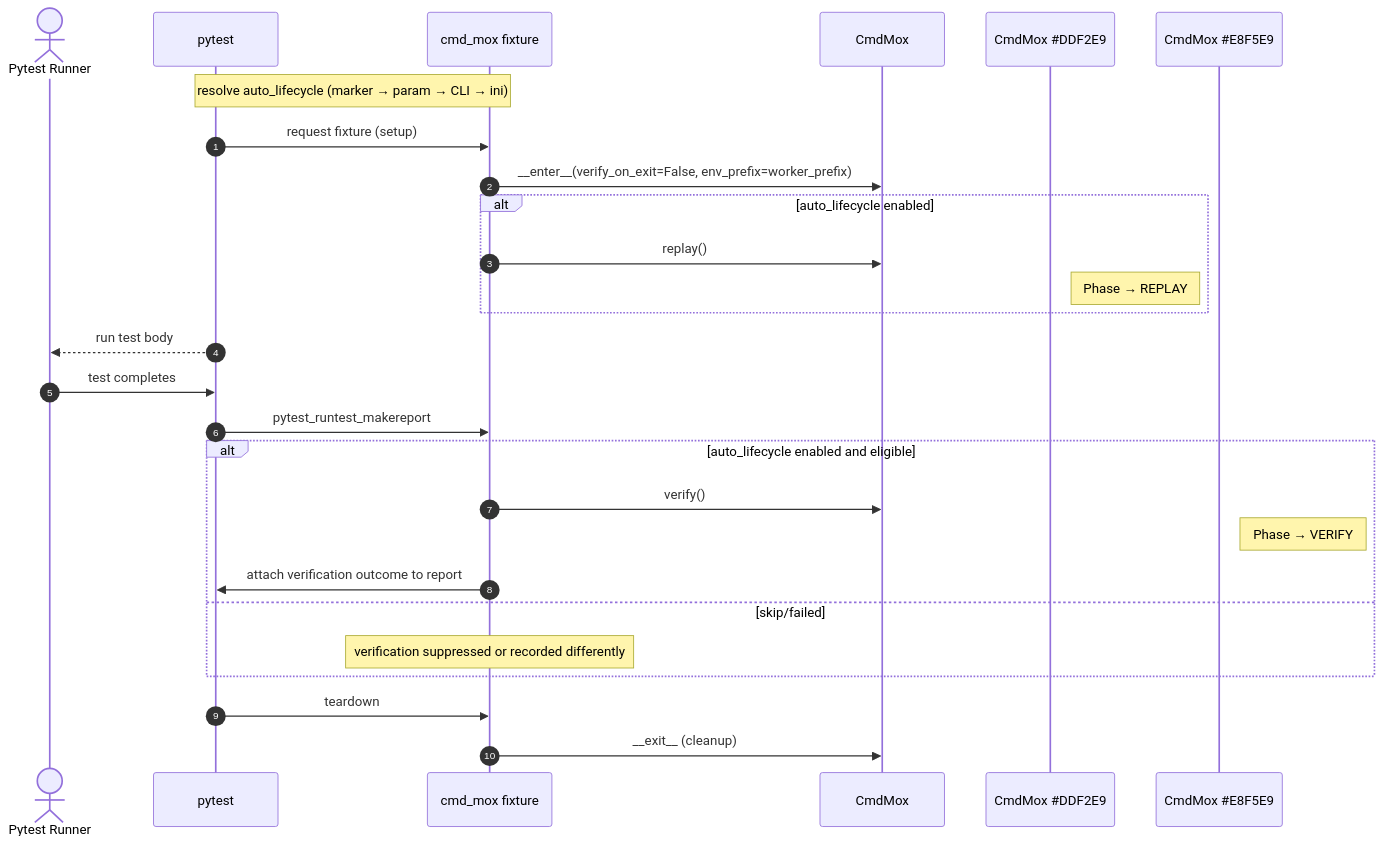
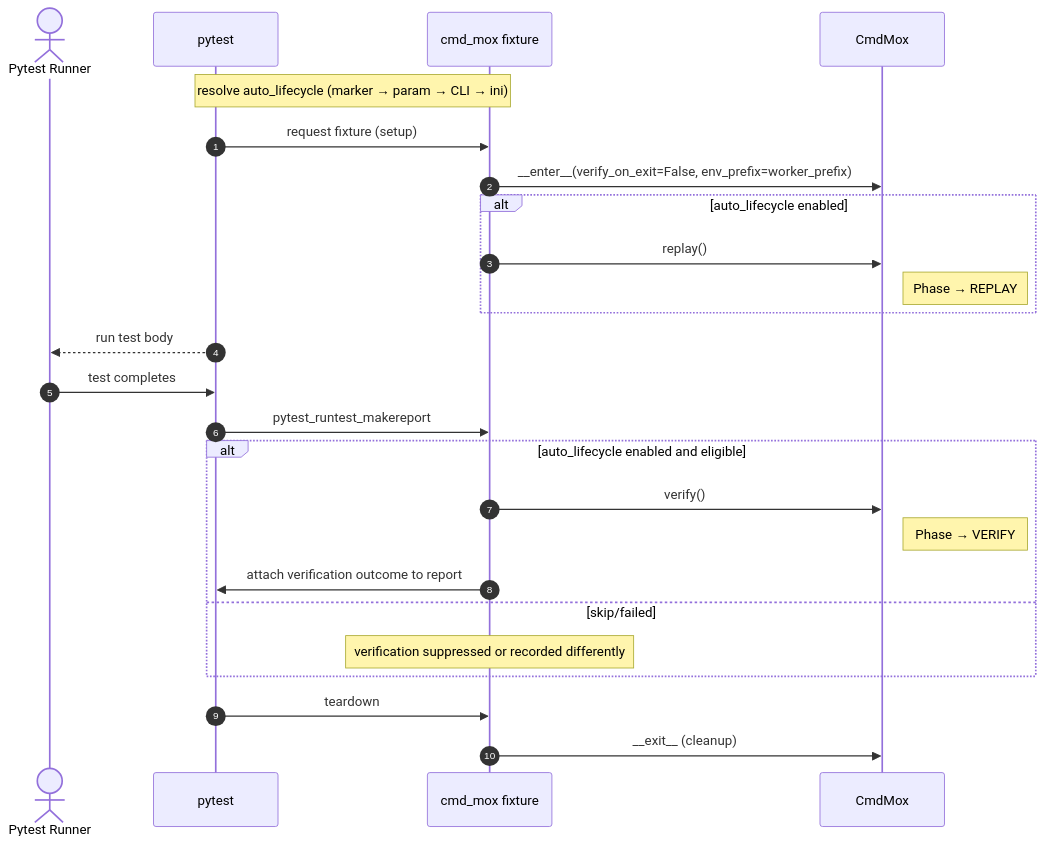
Before and after one commit to leynos/cmd-mox: the first of 27 diagrams in docs/python-native-command-mocking-design.md, drawn with Mermaid. The commit also changed other lines of this file and 20 other files, not shown here.

````diff
--- a/docs/python-native-command-mocking-design.md
+++ b/docs/python-native-command-mocking-design.md
@@ -355,27 +355,27 @@
 ```mermaid
 sequenceDiagram
   autonumber
   actor Runner as Pytest Runner
   participant Pytest as pytest
   participant Fixture as cmd_mox fixture
   participant CmdMox as CmdMox
   Note over Pytest,Fixture: resolve auto_lifecycle (marker → param → CLI → ini)
   Pytest->>Fixture: request fixture (setup)
   Fixture->>CmdMox: __enter__(verify_on_exit=False, env_prefix=worker_prefix)
   alt auto_lifecycle enabled
     Fixture->>CmdMox: replay()
-    Note right of CmdMox #DDF2E9: Phase → REPLAY
+    Note right of CmdMox: Phase → REPLAY
   end
   Pytest-->>Runner: run test body
   Runner->>Pytest: test completes
   Pytest->>Fixture: pytest_runtest_makereport
   alt auto_lifecycle enabled and eligible
     Fixture->>CmdMox: verify()
-    Note right of CmdMox #E8F5E9: Phase → VERIFY
+    Note right of CmdMox: Phase → VERIFY
     Fixture->>Pytest: attach verification outcome to report
   else skip/failed
     Note over Fixture: verification suppressed or recorded differently
   end
   Pytest->>Fixture: teardown
   Fixture->>CmdMox: __exit__ (cleanup)
 ```
````
